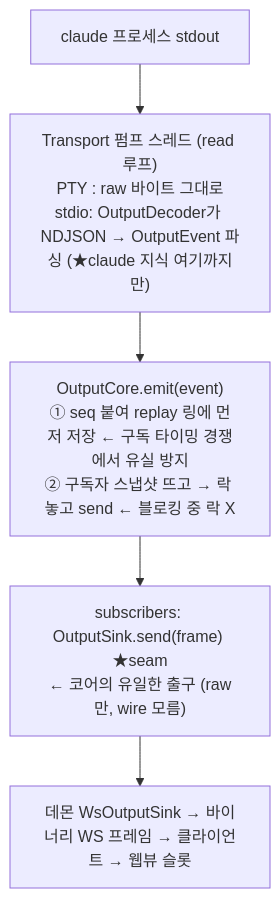
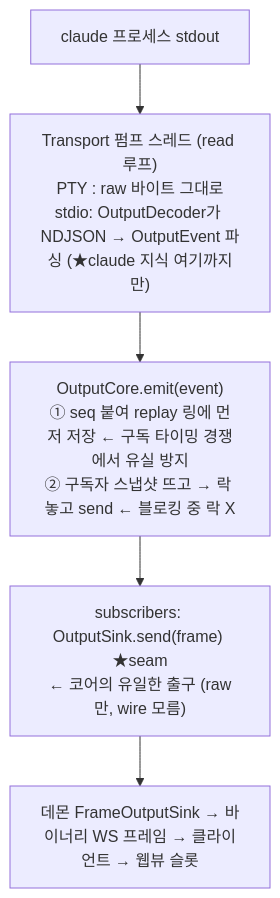
One commit to kimsunzun/engram-dashboard changed the fifth of 20 diagrams in docs/reference/architecture-overview.md. Above: the diagram before and after it, drawn with Mermaid. The commit also changed other lines of this file and 9 other files, not shown here.

First line of the commit message:
feat(daemon): 슬라이스 0-1 — 네트워크 소유 포트 계약(FrameSink/ConnectionHandler) 도입

````diff
--- a/docs/reference/architecture-overview.md
+++ b/docs/reference/architecture-overview.md
@@ -213,10 +213,10 @@
 ```mermaid
 flowchart TD
   SO["claude 프로세스 stdout"]
   PUMP["Transport 펌프 스레드 (read 루프)<br/>PTY : raw 바이트 그대로<br/>stdio: OutputDecoder가 NDJSON → OutputEvent 파싱 (★claude 지식 여기까지만)"]
   EMIT["OutputCore.emit(event)<br/>① seq 붙여 replay 링에 먼저 저장 ← 구독 타이밍 경쟁에서 유실 방지<br/>② 구독자 스냅샷 뜨고 → 락 놓고 send ← 블로킹 중 락 X"]
   SUB["subscribers: OutputSink.send(frame) ★seam<br/>← 코어의 유일한 출구 (raw만, wire 모름)"]
-  WSSINK["데몬 WsOutputSink → 바이너리 WS 프레임 → 클라이언트 → 웹뷰 슬롯"]
+  WSSINK["데몬 FrameOutputSink → 바이너리 WS 프레임 → 클라이언트 → 웹뷰 슬롯"]
 
   SO --> PUMP --> EMIT --> SUB --> WSSINK
 ```
````
